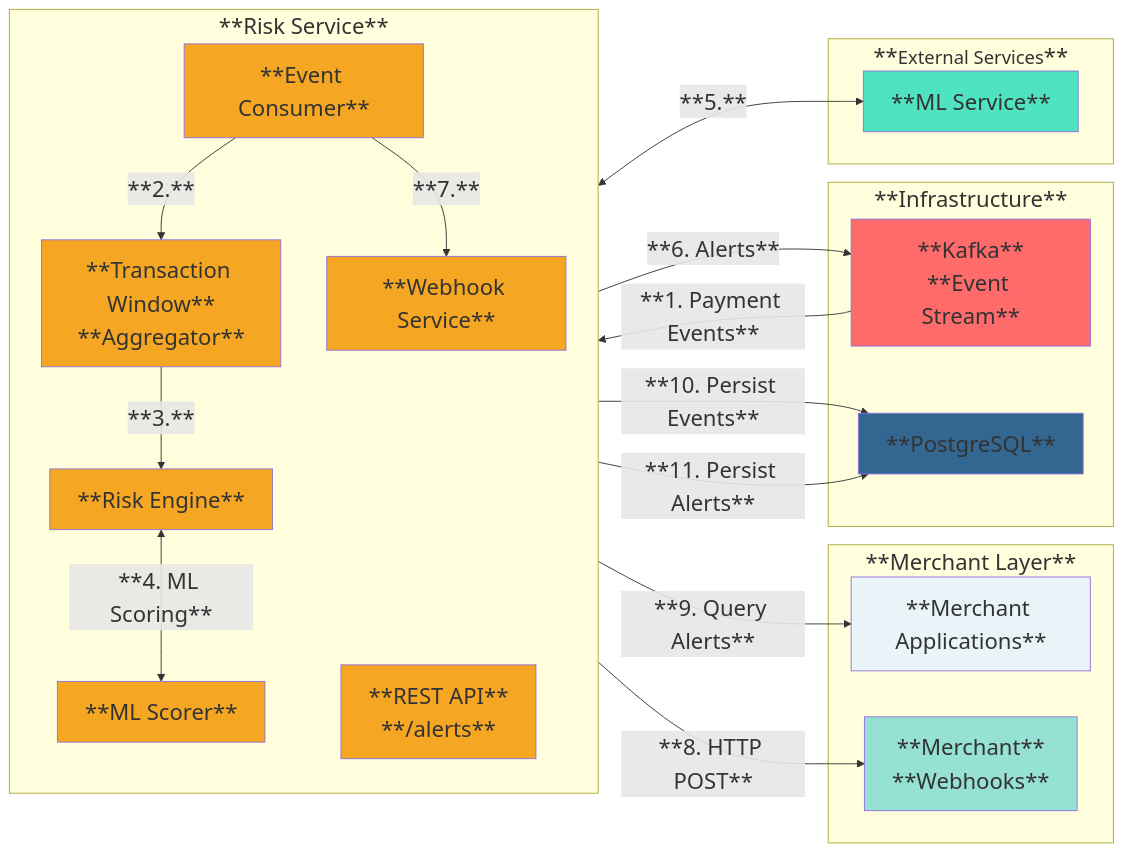
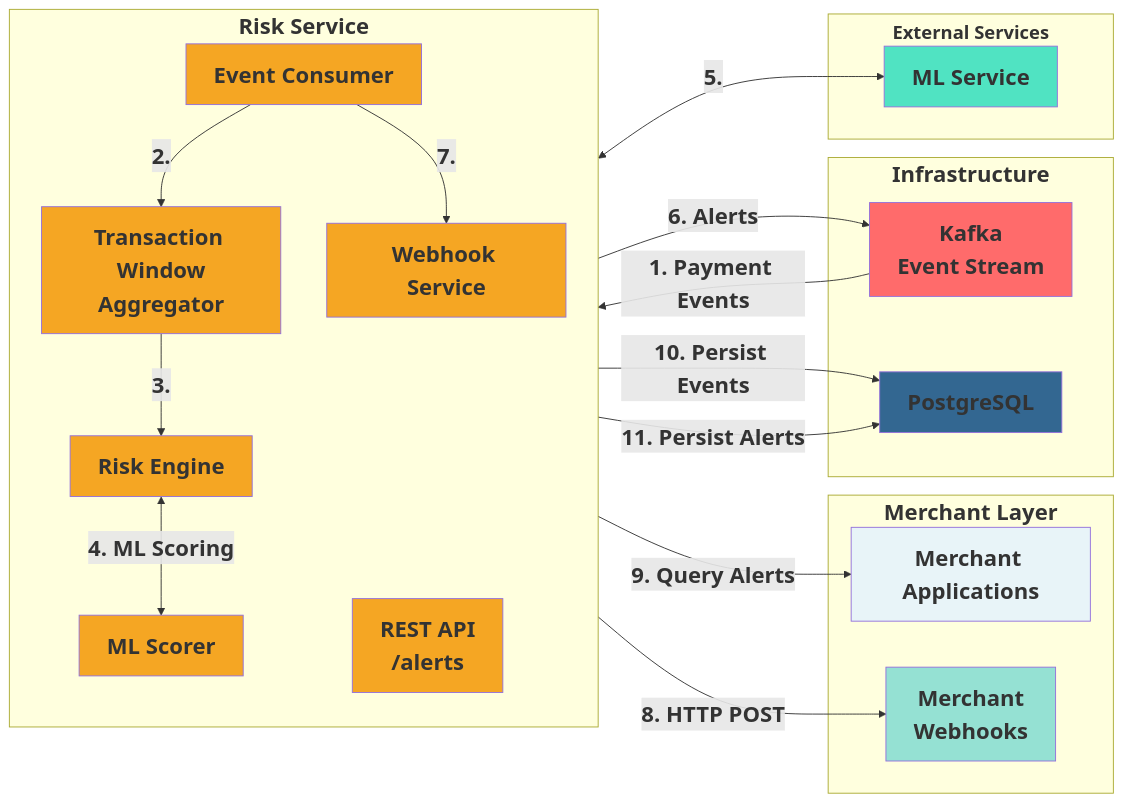
Before and after one commit to mehal1/payment-integration-framework: the second of 2 diagrams in README.md, drawn with Mermaid. The commit also changed other lines of this file and 24 other files, not shown here.

````diff
--- a/README.md
+++ b/README.md
@@ -174,55 +174,55 @@
 ```mermaid
 ---
 config:
   themeVariables:
     fontSize: 24px
     fontFamily: ''
     primaryTextColor: '#000000'
     lineColor: '#333333'
   layout: dagre
 ---
 flowchart LR
- subgraph ML["**Merchant Layer**"]
-        MerchantApps["**Merchant Applications**"]
-        MerchantWebhooks["**Merchant**<br>**Webhooks**"]
+ subgraph ML["<b>Merchant Layer</b>"]
+        MerchantApps["<b>Merchant Applications</b>"]
+        MerchantWebhooks["<b>Merchant</b><br/><b>Webhooks</b>"]
   end
- subgraph RS["**Risk Service**"]
+ subgraph RS["<b>Risk Service</b>"]
     direction TB
-        Consumer["**Event Consumer**"]
-        Aggregator["**Transaction Window**<br>**Aggregator**"]
-        RiskEngine["**Risk Engine**"]
-        MLScorer["**ML Scorer**"]
-        WebhookService["**Webhook Service**"]
-        AlertAPI["**REST API**<br>**/alerts**"]
+        Consumer["<b>Event Consumer</b>"]
+        Aggregator["<b>Transaction Window</b><br/><b>Aggregator</b>"]
+        RiskEngine["<b>Risk Engine</b>"]
+        MLScorer["<b>ML Scorer</b>"]
+        WebhookService["<b>Webhook Service</b>"]
+        AlertAPI["<b>REST API</b><br/><b>/alerts</b>"]
   end
- subgraph DL["**Infrastructure**"]
-        Kafka["**Kafka**<br>**Event Stream**"]
-        PostgreSQL["**PostgreSQL**"]
+ subgraph DL["<b>Infrastructure</b>"]
+        Kafka["<b>Kafka</b><br/><b>Event Stream</b>"]
+        PostgreSQL["<b>PostgreSQL</b>"]
   end
- subgraph ES["**<small>External Services</small>**"]
-        MLService["**ML Service**"]
+ subgraph ES["<small><b>External Services</b></small>"]
+        MLService["<b>ML Service</b>"]
   end
-    Kafka -- "**1. Payment Events**" --> Consumer
-    Consumer -- "**2.**" --> Aggregator
-    Aggregator -- "**3.**" --> RiskEngine
-    RiskEngine <-- "**4. ML Scoring**" --> MLScorer
-    MLScorer <-- "**5.**" --> MLService
-    Consumer -- "**6. Alerts**" --> Kafka
-    Consumer -- "**7.**" --> WebhookService
-    Consumer -- "**10. Persist Events**" --> PostgreSQL
-    Consumer -- "**11. Persist Alerts**" --> PostgreSQL
-    WebhookService -- "**8. HTTP POST**" --> MerchantWebhooks
-    AlertAPI -- "**9. Query Alerts**" --> MerchantApps
+    Kafka -- "<b>1. Payment Events</b>" --> Consumer
+    Consumer -- "<b>2.</b>" --> Aggregator
+    Aggregator -- "<b>3.</b>" --> RiskEngine
+    RiskEngine <-- "<b>4. ML Scoring</b>" --> MLScorer
+    MLScorer <-- "<b>5.</b>" --> MLService
+    Consumer -- "<b>6. Alerts</b>" --> Kafka
+    Consumer -- "<b>7.</b>" --> WebhookService
+    Consumer -- "<b>10. Persist Events</b>" --> PostgreSQL
+    Consumer -- "<b>11. Persist Alerts</b>" --> PostgreSQL
+    WebhookService -- "<b>8. HTTP POST</b>" --> MerchantWebhooks
+    AlertAPI -- "<b>9. Query Alerts</b>" --> MerchantApps
 
     style MerchantApps fill:#E8F4F8
     style MerchantWebhooks fill:#95E1D3
     style Consumer fill:#F5A623
     style Aggregator fill:#F5A623
     style RiskEngine fill:#F5A623
     style MLScorer fill:#F5A623
     style WebhookService fill:#F5A623
     style AlertAPI fill:#F5A623
     style Kafka fill:#FF6B6B
     style PostgreSQL fill:#336791
     style MLService fill:#50E3C2
 ```
````
